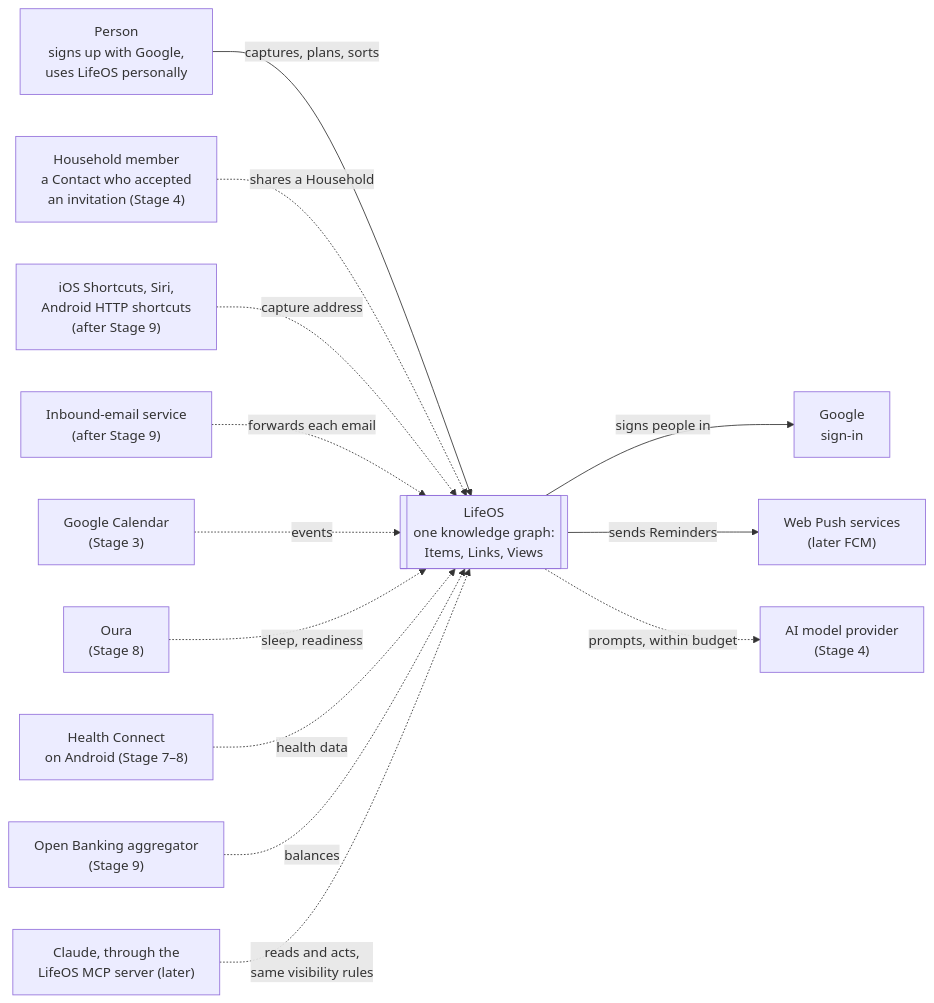
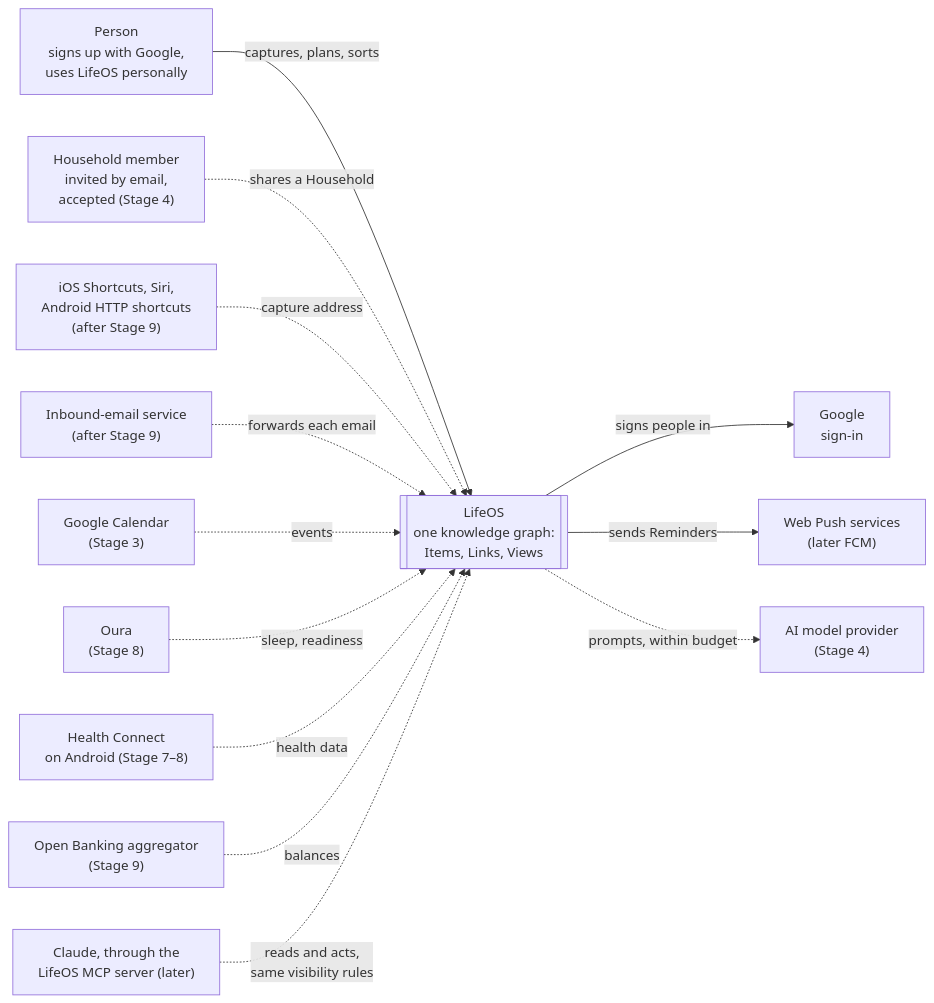
The first of 2 diagrams in docs/20-architecture/overview.md (joestables/lifeos), drawn with Mermaid before and after one commit. The commit also changed 14 other files, not shown here.

````diff
--- a/docs/20-architecture/overview.md
+++ b/docs/20-architecture/overview.md
@@ -8,31 +8,31 @@
 ```mermaid
 flowchart LR
   person["Person<br/>signs up with Google,<br/>uses LifeOS personally"]
-  member["Household member<br/>a Contact who accepted<br/>an invitation (Stage 4)"]
+  member["Household member<br/>invited by email,<br/>accepted (Stage 4)"]
   shortcuts["iOS Shortcuts, Siri,<br/>Android HTTP shortcuts<br/>(after Stage 9)"]
   email["Inbound-email service<br/>(after Stage 9)"]
 
   lifeos[["LifeOS<br/>one knowledge graph:<br/>Items, Links, Views"]]
 
   google["Google<br/>sign-in"]
   push["Web Push services<br/>(later FCM)"]
   gcal["Google Calendar<br/>(Stage 3)"]
   oura["Oura<br/>(Stage 8)"]
   hc["Health Connect<br/>on Android (Stage 7–8)"]
   banks["Open Banking aggregator<br/>(Stage 9)"]
   aimodel["AI model provider<br/>(Stage 4)"]
   claude["Claude, through the<br/>LifeOS MCP server (later)"]
 
   person -- "captures, plans, sorts" --> lifeos
   member -. "shares a Household" .-> lifeos
   shortcuts -. "capture address" .-> lifeos
   email -. "forwards each email" .-> lifeos
   lifeos -- "signs people in" --> google
   lifeos -- "sends Reminders" --> push
   gcal -. "events" .-> lifeos
   oura -. "sleep, readiness" .-> lifeos
   hc -. "health data" .-> lifeos
   banks -. "balances" .-> lifeos
   lifeos -. "prompts, within budget" .-> aimodel
   claude -. "reads and acts,<br/>same visibility rules" .-> lifeos
 ```
````
